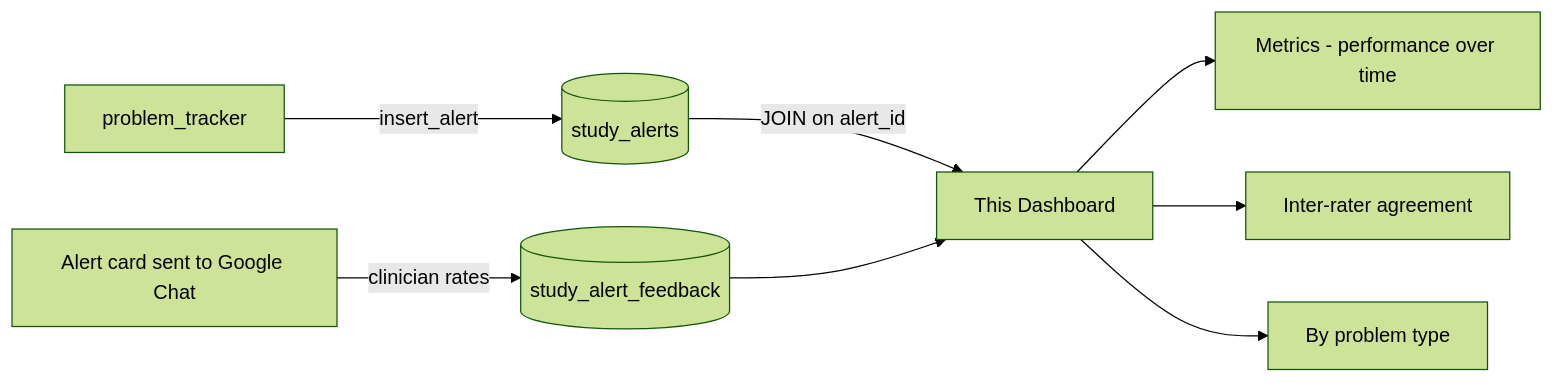
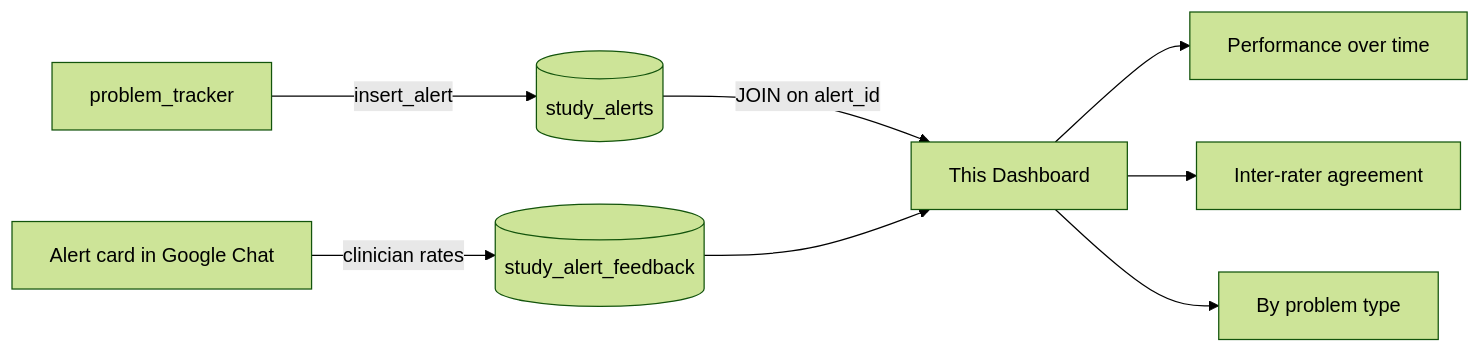
Before and after one commit to drdileepunni/llm_wiki: the fourth of 4 diagrams in dashboard/docs/pipeline_overview.md, drawn with Mermaid (forest theme). The commit also changed other lines of this file and 6 other files, not shown here.

````diff
--- a/dashboard/docs/pipeline_overview.md
+++ b/dashboard/docs/pipeline_overview.md
@@ -143,10 +210,10 @@
 ```mermaid
 flowchart LR
     PT[problem_tracker] -->|insert_alert| SA[(study_alerts)]
-    Card[Alert card sent to Google Chat] -->|clinician rates| FB[(study_alert_feedback)]
+    Card[Alert card in Google Chat] -->|clinician rates| FB[(study_alert_feedback)]
     SA -->|JOIN on alert_id| DASH[This Dashboard]
     FB --> DASH
-    DASH --> M1[Metrics - performance over time]
+    DASH --> M1[Performance over time]
     DASH --> M2[Inter-rater agreement]
     DASH --> M3[By problem type]
 ```
````
